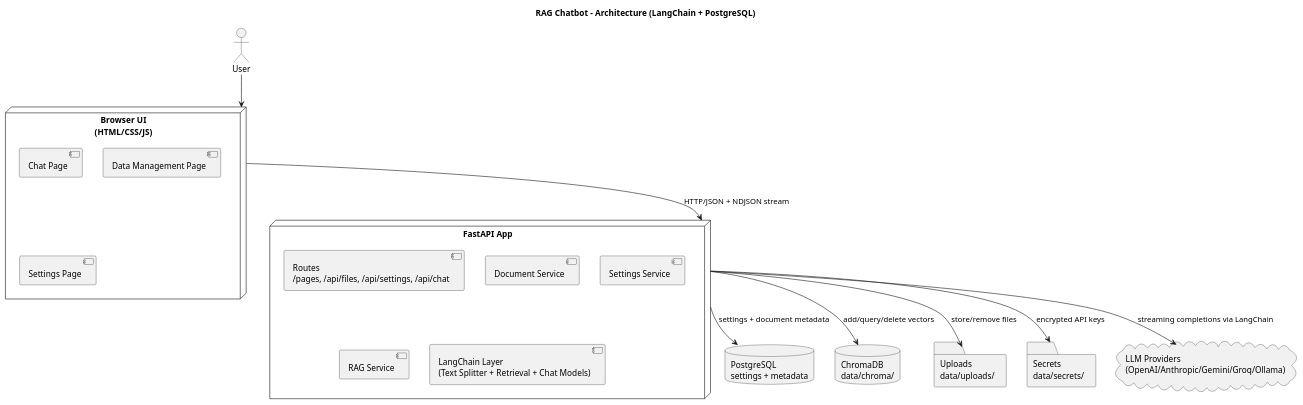
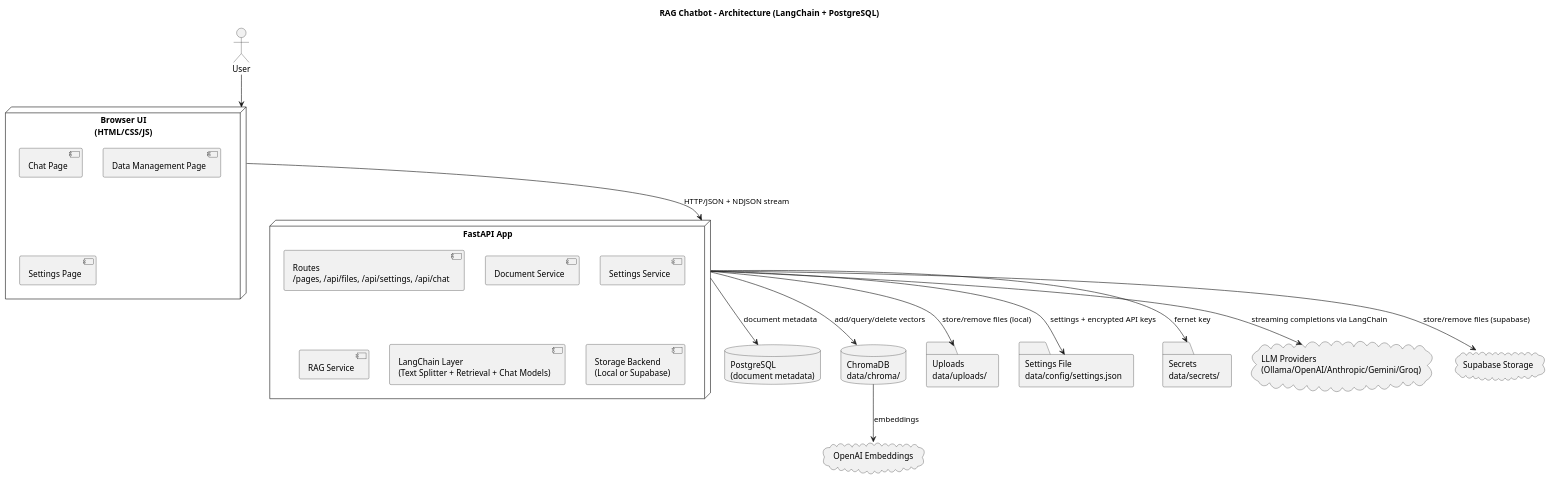
Before and after one commit to Asit2003/Rag-chatbot: the diagram in supportive_files/diagrams/architecture.puml, drawn with PlantUML. The commit also changed 10 other files, not shown here.

```diff
--- a/supportive_files/diagrams/architecture.puml
+++ b/supportive_files/diagrams/architecture.puml
@@ -1,34 +1,41 @@
 @startuml
 title RAG Chatbot - Architecture (LangChain + PostgreSQL)
 
 actor User
 
 node "Browser UI\n(HTML/CSS/JS)" as UI {
   component "Chat Page"
   component "Data Management Page"
   component "Settings Page"
 }
 
 node "FastAPI App" as API {
   component "Routes\n/pages, /api/files, /api/settings, /api/chat"
   component "Document Service"
   component "Settings Service"
   component "RAG Service"
   component "LangChain Layer\n(Text Splitter + Retrieval + Chat Models)"
+  component "Storage Backend\n(Local or Supabase)"
 }
 
-database "PostgreSQL\nsettings + metadata" as POSTGRES
+database "PostgreSQL\n(document metadata)" as POSTGRES
 database "ChromaDB\ndata/chroma/" as CHROMA
 folder "Uploads\ndata/uploads/" as UPLOADS
+folder "Settings File\ndata/config/settings.json" as SETTINGS
 folder "Secrets\ndata/secrets/" as SECRETS
-cloud "LLM Providers\n(OpenAI/Anthropic/Gemini/Groq/Ollama)" as LLM
+cloud "LLM Providers\n(Ollama/OpenAI/Anthropic/Gemini/Groq)" as LLM
+cloud "OpenAI Embeddings" as EMBED
+cloud "Supabase Storage" as SB_STORAGE
 
 User --> UI
 UI --> API : HTTP/JSON + NDJSON stream
-API --> POSTGRES : settings + document metadata
-API --> UPLOADS : store/remove files
+API --> POSTGRES : document metadata
+API --> SETTINGS : settings + encrypted API keys
+API --> SECRETS : fernet key
 API --> CHROMA : add/query/delete vectors
-API --> SECRETS : encrypted API keys
+CHROMA --> EMBED : embeddings
 API --> LLM : streaming completions via LangChain
+API --> UPLOADS : store/remove files (local)
+API --> SB_STORAGE : store/remove files (supabase)
 
 @enduml
```
